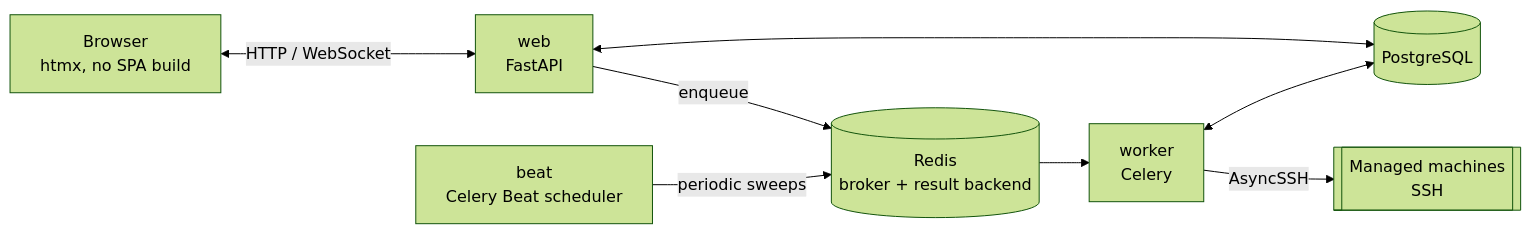
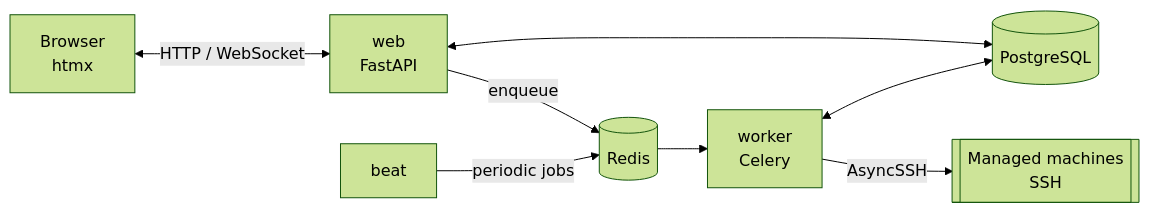
The diagram in wiki/Architecture.md (sparkycz1/debcontrol), drawn with Mermaid (forest theme) before and after one commit. The commit also changed other lines of this file and 38 other files, not shown here.

````diff
--- a/wiki/Architecture.md
+++ b/wiki/Architecture.md
@@ -44,18 +33,18 @@
 ```mermaid
 flowchart LR
-    Browser["Browser<br/>htmx, no SPA build"]
+    Browser["Browser<br/>htmx"]
     Web["web<br/>FastAPI"]
     DB[("PostgreSQL")]
-    Redis[("Redis<br/>broker + result backend")]
+    Redis[("Redis")]
     Worker["worker<br/>Celery"]
-    Beat["beat<br/>Celery Beat scheduler"]
+    Beat["beat"]
     Machines[["Managed machines<br/>SSH"]]
 
     Browser <-->|HTTP / WebSocket| Web
     Web <--> DB
     Web -->|enqueue| Redis
     Redis --> Worker
-    Beat -->|periodic sweeps| Redis
+    Beat -->|periodic jobs| Redis
     Worker <--> DB
     Worker -->|AsyncSSH| Machines
 ```
````
